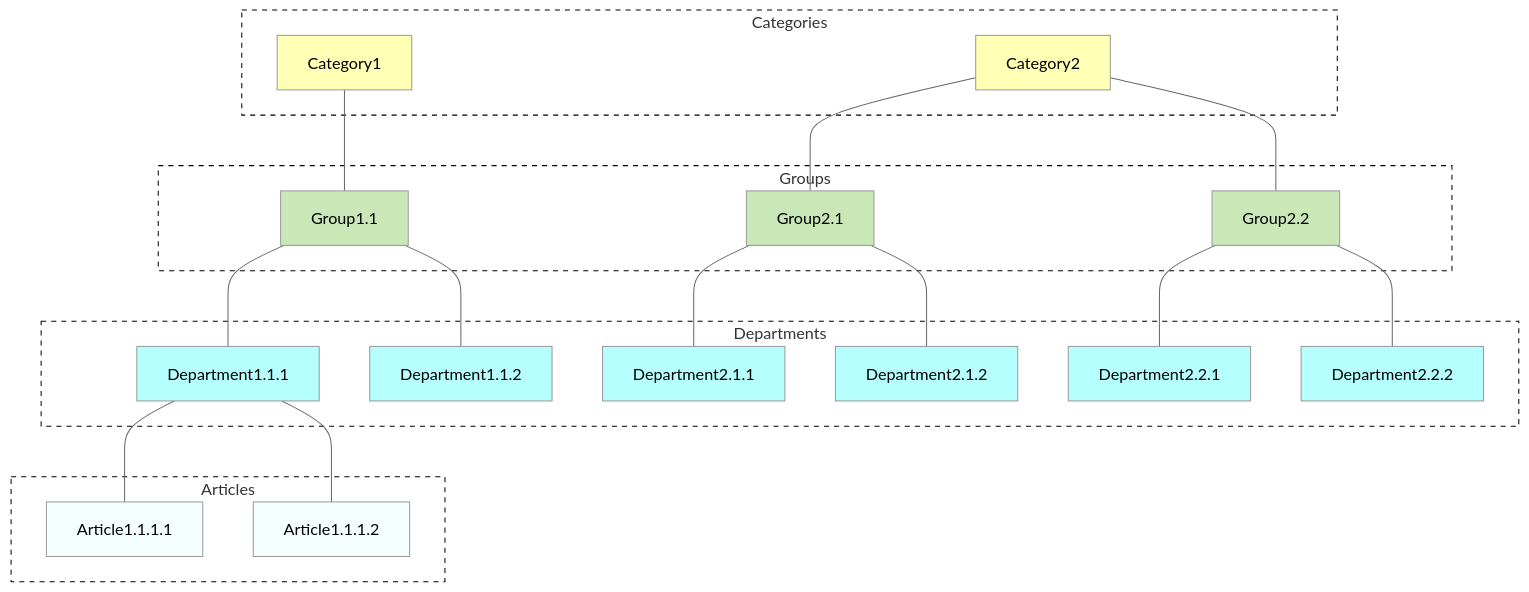
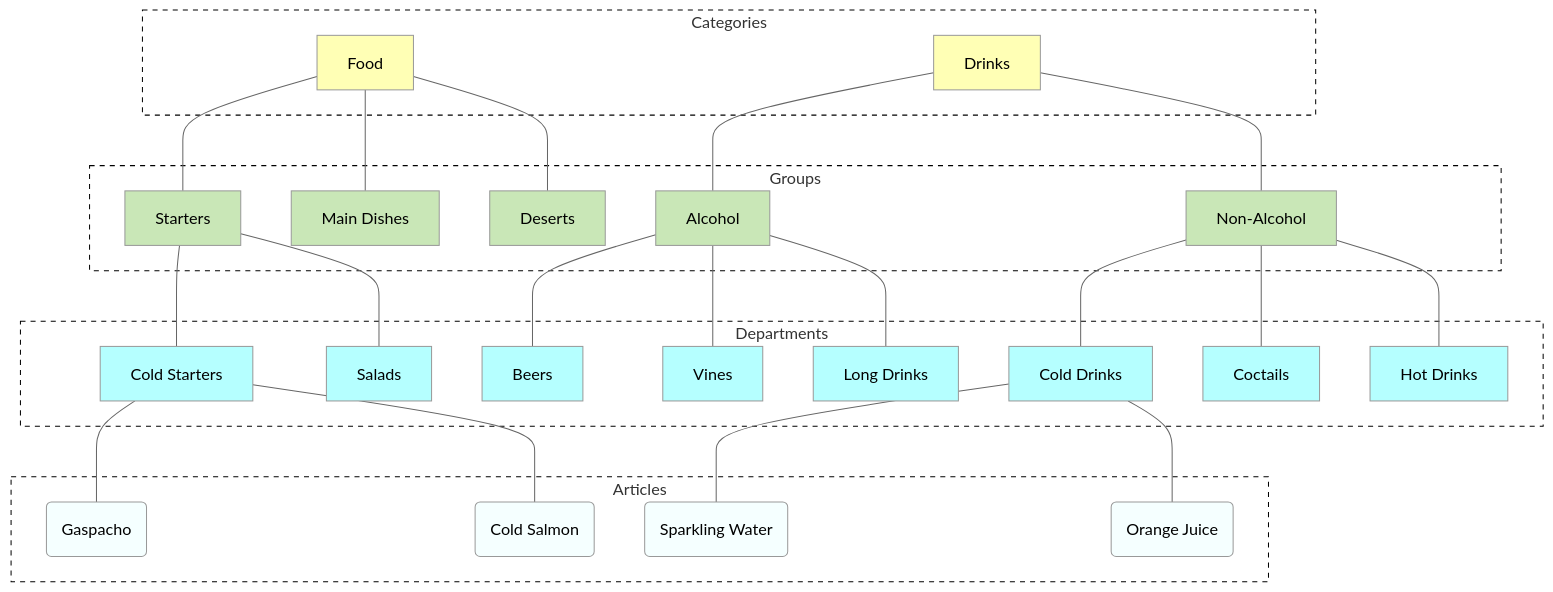
One commit to nkorsakov-tw/core changed the third of 3 diagrams in products/README.md. Above: the diagram before and after it, drawn with Mermaid (neutral theme). The commit also changed other lines of this file and 20 other files, not shown here.

````diff
--- a/products/README.md
+++ b/products/README.md
@@ -67,56 +69,68 @@
 ```mermaid
 graph TD
 
   %% Entities =================================
 
   Categories:::S
   subgraph Categories
-    Category1:::C
-    Category2:::C
+    Category1[Food]:::C
+    Category2[Drinks]:::C
   end
 
   Groups:::S
   subgraph Groups
-    Group1.1:::G
-    Group2.1:::G
-    Group2.2:::G
+    Group1.1[Starters]:::G
+    Group1.2[Main Dishes]:::G
+    Group1.3[Deserts]:::G
+    Group2.1[Alcohol]:::G
+    Group2.2[Non-Alcohol]:::G
   end
 
   Departments:::S
   subgraph Departments
-    Department1.1.1:::D
-    Department1.1.2:::D
-    Department2.1.1:::D
-    Department2.1.2:::D
-    Department2.2.1:::D
-    Department2.2.2:::D
+    Department1.1.1[Cold Starters]:::D
+    Department1.1.2[Salads]:::D
+    Department2.1.1[Beers]:::D
+    Department2.1.2[Vines]:::D
+    Department2.1.3[Long Drinks]:::D
+    Department2.2.1[Cold Drinks]:::D
+    Department2.2.2[Coctails]:::D
+    Department2.2.3[Hot Drinks]:::D
   end
   
   Articles:::S
   subgraph Articles
-    Article1.1.1.1:::A
-    Article1.1.1.2:::A
+    Article1.1.1.1(Gaspacho):::A
+    Article1.1.1.2(Cold Salmon):::A
+    Article2.2.1.1(Sparkling Water):::A
+    Article2.2.1.2(Orange Juice):::A
   end  
 
 
   %% Relations =================================
   
   Category1 --- Group1.1
     Group1.1 --- Department1.1.1
-        Department1.1.1 --- Article1.1.1.1
-        Department1.1.1 --- Article1.1.1.2
+       Department1.1.1 --- Article1.1.1.1
+       Department1.1.1 --- Article1.1.1.2
     Group1.1 --- Department1.1.2
+  Category1 --- Group1.2
+  Category1 --- Group1.3
 
   Category2 --- Group2.1
     Group2.1 --- Department2.1.1
     Group2.1 --- Department2.1.2
+    Group2.1 --- Department2.1.3
   Category2 --- Group2.2
     Group2.2 --- Department2.2.1
+        Department2.2.1 --- Article2.2.1.1
+        Department2.2.1 --- Article2.2.1.2
     Group2.2 --- Department2.2.2
+    Group2.2 --- Department2.2.3
 
   classDef S fill:#FFFFFF,stroke:#000000, stroke-width:1px, stroke-dasharray: 5 5
   classDef C fill:#FFFFB5
   classDef G fill:#C9E7B7
   classDef D fill:#B5FFFF
   classDef A fill:#F5FFFF
 ```
````
